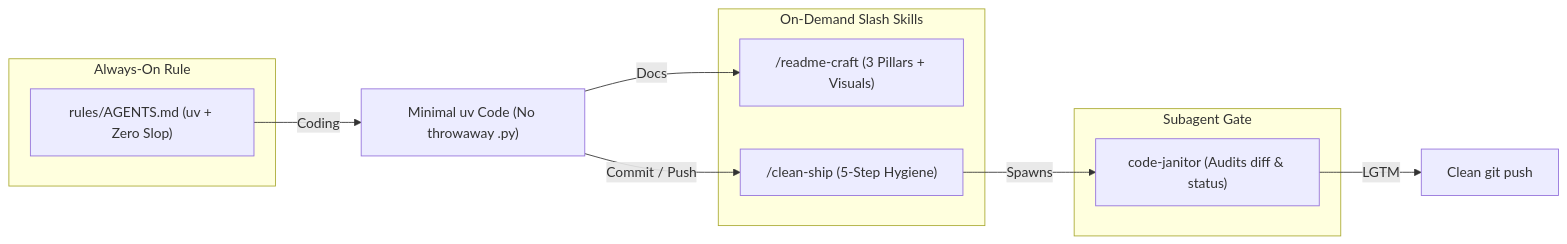
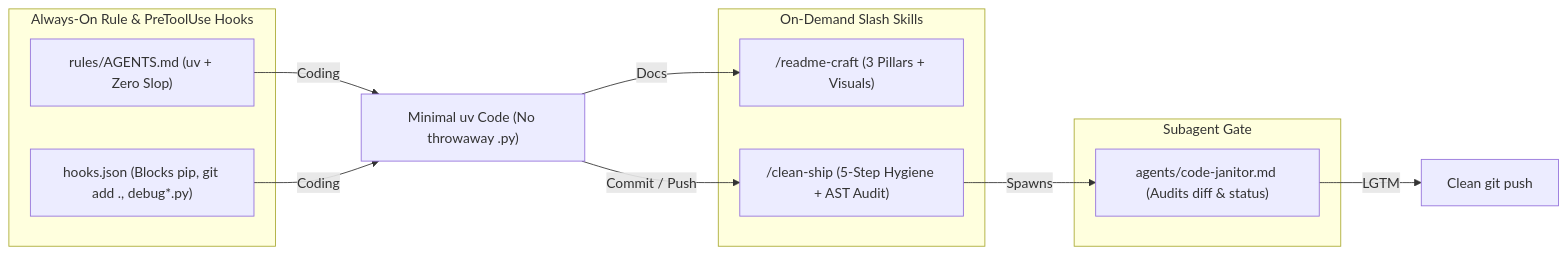
One commit to Waxguillermo/agy-clean-craft changed the diagram in README.md. Above: the diagram before and after it, drawn with Mermaid. The commit also changed other lines of this file and 9 other files, not shown here.

Commit message:
feat(audit): add black-box AST/README auditor, PreToolUse hooks, and native code-janitor agent

````diff
--- a/README.md
+++ b/README.md
@@ -7,21 +7,22 @@
 ```mermaid
 flowchart LR
-    subgraph AlwaysOn["Always-On Rule"]
+    subgraph Guardrails["Always-On Rule & PreToolUse Hooks"]
         R["rules/AGENTS.md (uv + Zero Slop)"]
+        H["hooks.json (Blocks pip, git add ., debug*.py)"]
     end
 
     subgraph OnDemand["On-Demand Slash Skills"]
         S1["/readme-craft (3 Pillars + Visuals)"]
-        S2["/clean-ship (5-Step Hygiene)"]
+        S2["/clean-ship (5-Step Hygiene + AST Audit)"]
     end
 
     subgraph Audit["Subagent Gate"]
-        J["code-janitor (Audits diff & status)"]
+        J["agents/code-janitor.md (Audits diff & status)"]
     end
 
-    R -->|"Coding"| Dev["Minimal uv Code (No throwaway .py)"]
+    R & H -->|"Coding"| Dev["Minimal uv Code (No throwaway .py)"]
     Dev -->|"Docs"| S1
     Dev -->|"Commit / Push"| S2
     S2 -->|"Spawns"| J
     J -->|"LGTM"| Git["Clean git push"]
 ```
````
